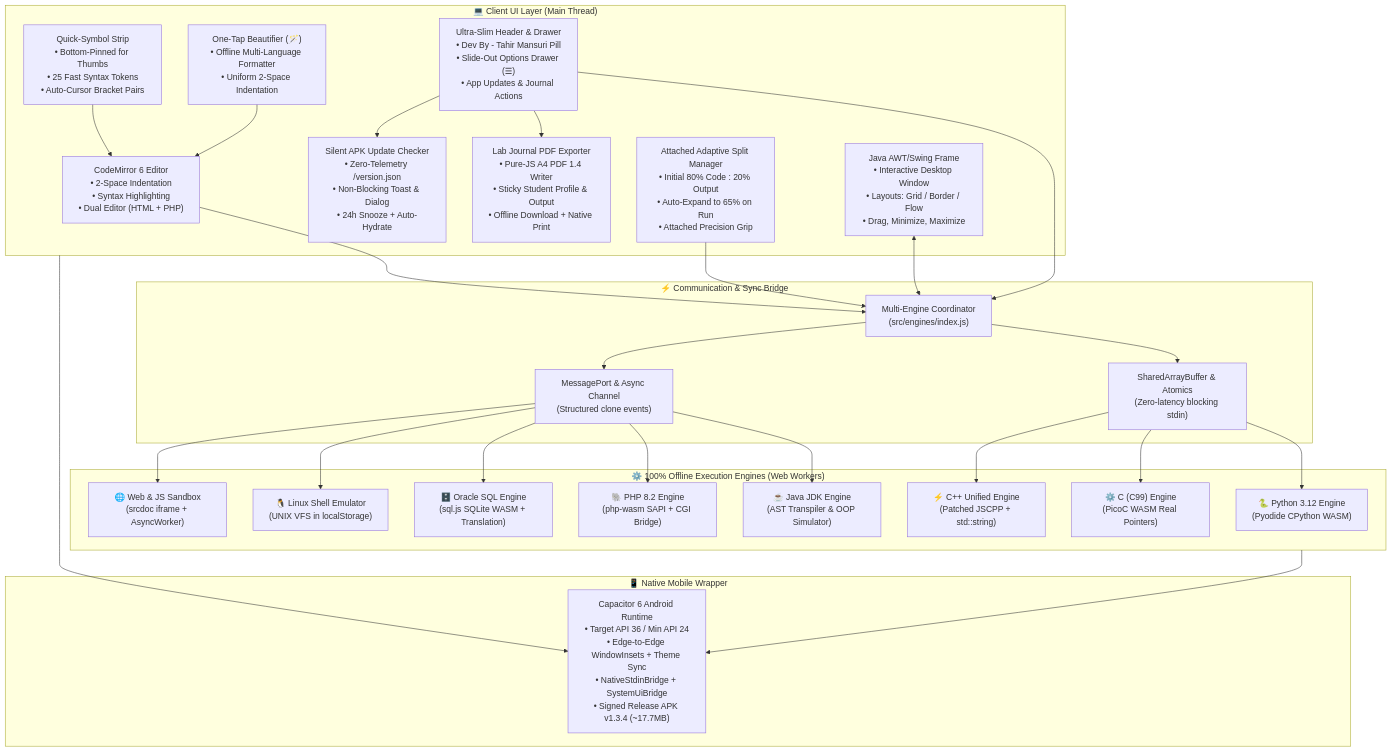
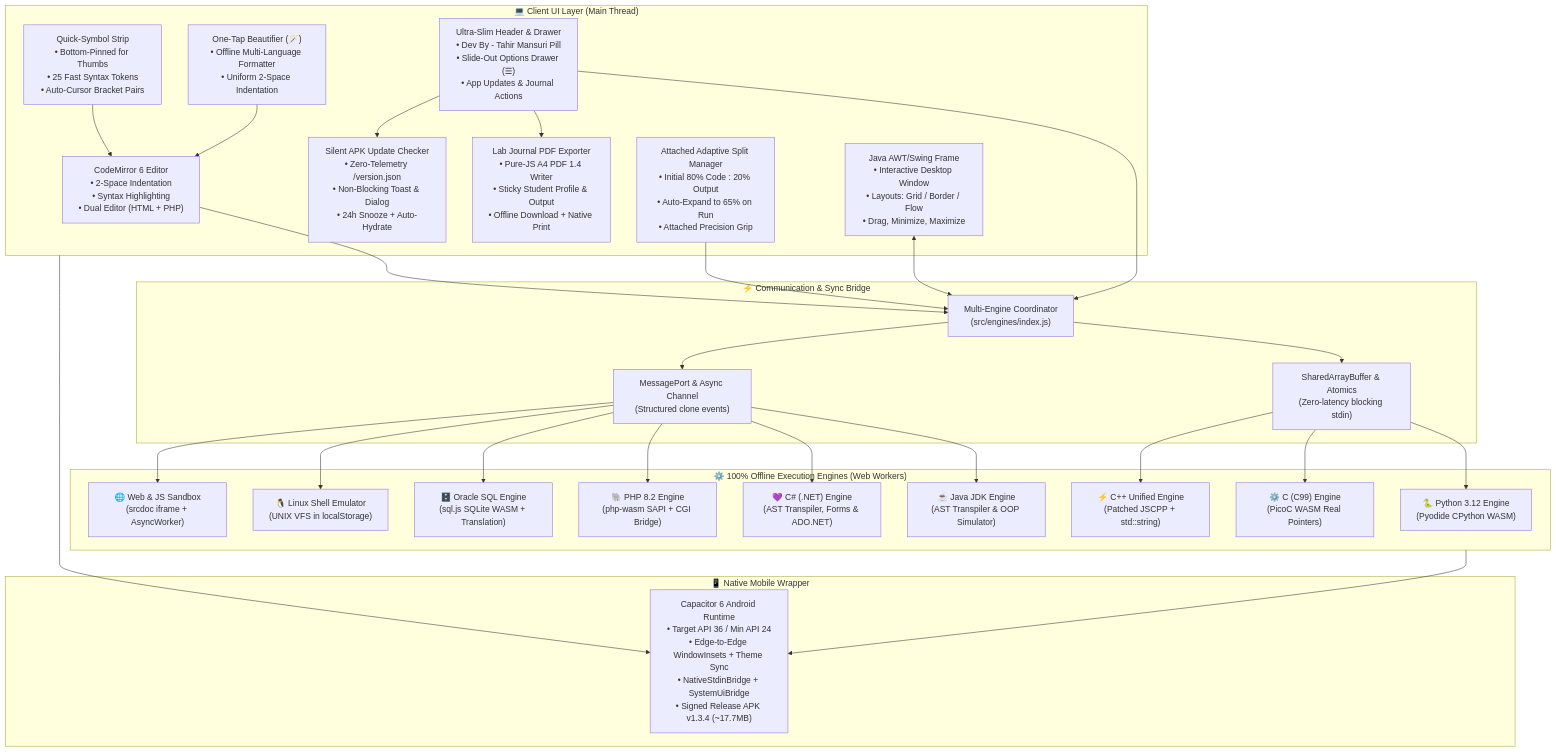
The diagram in README.md (TahirMansuri/ThinkCode-Lab), drawn with Mermaid before and after one commit. The commit also changed other lines of this file and 14 other files, not shown here.

Commit message:
feat(csharp): add C# (.NET) offline runtime, Windows Forms, ADO.NET & TYBCA CA-314 practicals suite

````diff
--- a/README.md
+++ b/README.md
@@ -124,57 +124,59 @@
 ```mermaid
 flowchart TD
   subgraph UI["💻 Client UI Layer (Main Thread)"]
     CM["CodeMirror 6 Editor\n• 2-Space Indentation\n• Syntax Highlighting\n• Dual Editor (HTML + PHP)"]
     QB["Quick-Symbol Strip\n• Bottom-Pinned for Thumbs\n• 25 Fast Syntax Tokens\n• Auto-Cursor Bracket Pairs"]
     FMT["One-Tap Beautifier (🪄)\n• Offline Multi-Language Formatter\n• Uniform 2-Space Indentation"]
     HDR["Ultra-Slim Header & Drawer\n• Dev By - Tahir Mansuri Pill\n• Slide-Out Options Drawer (☰)\n• App Updates & Journal Actions"]
     PDF["Lab Journal PDF Exporter\n• Pure-JS A4 PDF 1.4 Writer\n• Sticky Student Profile & Output\n• Offline Download + Native Print"]
     UPD["Silent APK Update Checker\n• Zero-Telemetry /version.json\n• Non-Blocking Toast & Dialog\n• 24h Snooze + Auto-Hydrate"]
     SM["Attached Adaptive Split Manager\n• Initial 80% Code : 20% Output\n• Auto-Expand to 65% on Run\n• Attached Precision Grip"]
     GUI["Java AWT/Swing Frame\n• Interactive Desktop Window\n• Layouts: Grid / Border / Flow\n• Drag, Minimize, Maximize"]
   end
 
   subgraph Bridge["⚡ Communication & Sync Bridge"]
     COORD["Multi-Engine Coordinator\n(src/engines/index.js)"]
     SAB["SharedArrayBuffer & Atomics\n(Zero-latency blocking stdin)"]
     MSG["MessagePort & Async Channel\n(Structured clone events)"]
   end
 
   subgraph Engines["⚙️ 100% Offline Execution Engines (Web Workers)"]
     PY["🐍 Python 3.12 Engine\n(Pyodide CPython WASM)"]
     JAVA["☕ Java JDK Engine\n(AST Transpiler & OOP Simulator)"]
+    CS["💜 C# (.NET) Engine\n(AST Transpiler, Forms & ADO.NET)"]
     C["⚙️ C (C99) Engine\n(PicoC WASM Real Pointers)"]
     CPP["⚡ C++ Unified Engine\n(Patched JSCPP + std::string)"]
     PHP["🐘 PHP 8.2 Engine\n(php-wasm SAPI + CGI Bridge)"]
     SQL["🗄️ Oracle SQL Engine\n(sql.js SQLite WASM + Translation)"]
     SH["🐧 Linux Shell Emulator\n(UNIX VFS in localStorage)"]
     WEB["🌐 Web & JS Sandbox\n(srcdoc iframe + AsyncWorker)"]
   end
 
   subgraph Native["📱 Native Mobile Wrapper"]
     CAP["Capacitor 6 Android Runtime\n• Target API 36 / Min API 24\n• Edge-to-Edge WindowInsets + Theme Sync\n• NativeStdinBridge + SystemUiBridge\n• Signed Release APK v1.3.4 (~17.7MB)"]
   end
 
   CM --> COORD
   QB --> CM
   FMT --> CM
   SM --> COORD
   HDR --> COORD
   HDR --> PDF
   HDR --> UPD
   COORD --> SAB
   COORD --> MSG
   GUI <--> COORD
 
   SAB --> PY
   SAB --> C
   SAB --> CPP
   MSG --> JAVA
+  MSG --> CS
   MSG --> PHP
   MSG --> SQL
   MSG --> SH
   MSG --> WEB
 
   UI --> CAP
   Engines --> CAP
 ```
````
